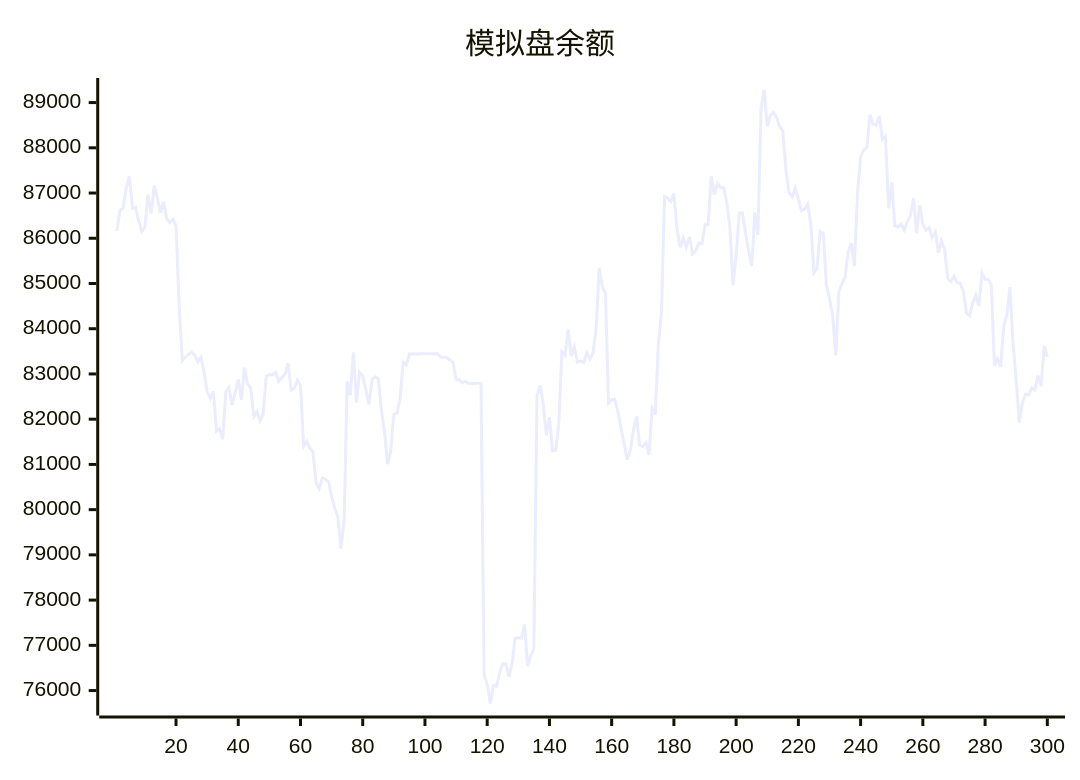
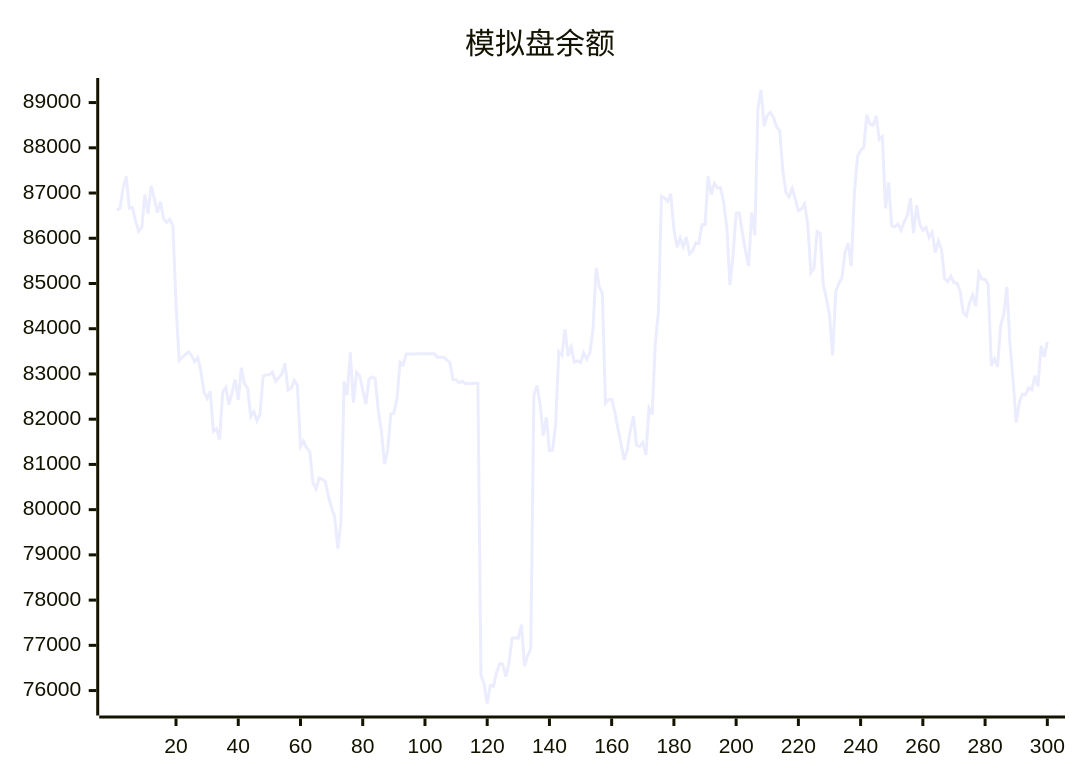
The diagram in README.md (aahl/ai-trading), drawn with Mermaid before and after one commit. The commit also changed other lines of this file and 1 other file, not shown here.

````diff
--- a/README.md
+++ b/README.md
@@ -5,5 +5,5 @@
 ```mermaid
 xychart
     title "模拟盘余额"
-    line [86161,86622,86664,87115,87369,86666,86685,86384,86152,86243,86969,86548,87164,86885,86566,86809,86427,86348,86417,86273,84538,83299,83369,83430,83490,83404,83270,83362,83056,82605,82459,82614,81734,81788,81551,82598,82702,82320,82580,82878,82426,83139,82778,82686,82056,82166,81963,82110,82951,82983,82984,83038,82838,82915,82998,83235,82642,82682,82858,82746,81396,81512,81362,81277,80600,80461,80699,80673,80616,80288,80038,79836,79142,79722,82837,82533,83480,82366,83032,82960,82654,82330,82883,82934,82901,82188,81728,81005,81298,82110,82135,82449,83264,83203,83440,83439,83440,83440,83446,83447,83448,83447,83448,83449,83369,83369,83369,83313,83256,82872,82873,82801,82844,82785,82791,82791,82793,82794,76339,76145,75714,76110,76096,76397,76594,76585,76310,76607,77160,77170,77160,77456,76541,76774,76927,82520,82744,82337,81639,82040,81307,81314,81887,83490,83414,83984,83396,83594,83261,83287,83253,83470,83327,83465,83987,85348,84930,84786,82355,82433,82438,82167,81795,81466,81105,81315,81756,82064,81426,81398,81481,81210,82242,82099,83658,84359,86925,86892,86814,86980,86203,85802,86003,85811,86028,85657,85721,85896,85880,86300,86299,87378,86965,87214,87115,87118,86780,86238,84966,85623,86555,86562,86129,85722,85387,86569,86070,88870,89278,88477,88720,88781,88668,88467,88372,87493,87018,86917,87102,86870,86613,86644,86758,86317,85242,85334,86149,86106,84968,84671,84302,83410,84816,85001,85127,85693,85891,85384,87001,87811,87945,88007,88734,88528,88495,88705,88189,88248,86662,87234,86279,86251,86314,86177,86364,86503,86886,86114,86731,86310,86176,86240,86017,86136,85685,85938,85749,85111,85044,85164,85016,85008,84824,84354,84287,84572,84745,84500,85234,85096,85095,84970,83180,83338,83157,84070,84309,84922,83667,82850,81924,82369,82552,82539,82695,82648,82962,82728,83619,83378]
+    line [86622,86664,87115,87369,86666,86685,86384,86152,86243,86969,86548,87164,86885,86566,86809,86427,86348,86417,86273,84538,83299,83369,83430,83490,83404,83270,83362,83056,82605,82459,82614,81734,81788,81551,82598,82702,82320,82580,82878,82426,83139,82778,82686,82056,82166,81963,82110,82951,82983,82984,83038,82838,82915,82998,83235,82642,82682,82858,82746,81396,81512,81362,81277,80600,80461,80699,80673,80616,80288,80038,79836,79142,79722,82837,82533,83480,82366,83032,82960,82654,82330,82883,82934,82901,82188,81728,81005,81298,82110,82135,82449,83264,83203,83440,83439,83440,83440,83446,83447,83448,83447,83448,83449,83369,83369,83369,83313,83256,82872,82873,82801,82844,82785,82791,82791,82793,82794,76339,76145,75714,76110,76096,76397,76594,76585,76310,76607,77160,77170,77160,77456,76541,76774,76927,82520,82744,82337,81639,82040,81307,81314,81887,83490,83414,83984,83396,83594,83261,83287,83253,83470,83327,83465,83987,85348,84930,84786,82355,82433,82438,82167,81795,81466,81105,81315,81756,82064,81426,81398,81481,81210,82242,82099,83658,84359,86925,86892,86814,86980,86203,85802,86003,85811,86028,85657,85721,85896,85880,86300,86299,87378,86965,87214,87115,87118,86780,86238,84966,85623,86555,86562,86129,85722,85387,86569,86070,88870,89278,88477,88720,88781,88668,88467,88372,87493,87018,86917,87102,86870,86613,86644,86758,86317,85242,85334,86149,86106,84968,84671,84302,83410,84816,85001,85127,85693,85891,85384,87001,87811,87945,88007,88734,88528,88495,88705,88189,88248,86662,87234,86279,86251,86314,86177,86364,86503,86886,86114,86731,86310,86176,86240,86017,86136,85685,85938,85749,85111,85044,85164,85016,85008,84824,84354,84287,84572,84745,84500,85234,85096,85095,84970,83180,83338,83157,84070,84309,84922,83667,82850,81924,82369,82552,82539,82695,82648,82962,82728,83619,83378,83710]
 ```
````
